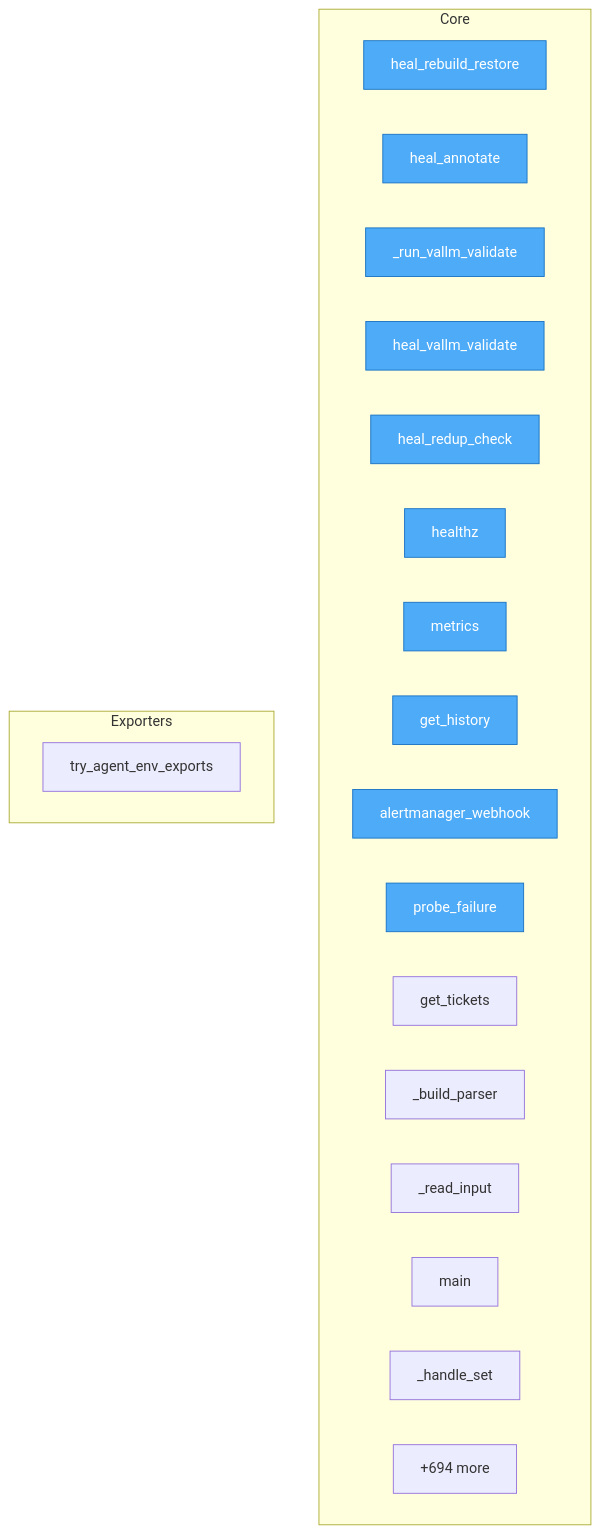
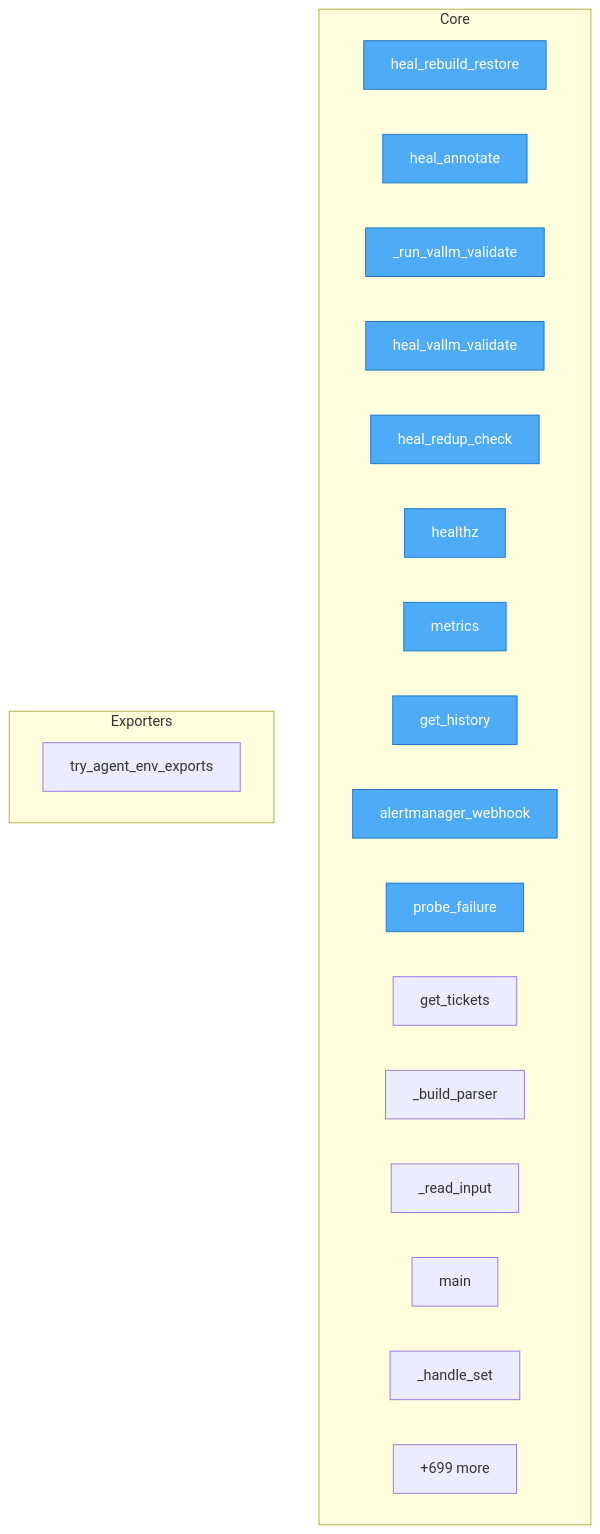
One commit to semcod/koru changed the diagram in project/flow.mmd. Above: the diagram before and after it, drawn with Mermaid. The commit also changed 28 other files, not shown here.

```diff
--- a/project/flow.mmd
+++ b/project/flow.mmd
@@ -1,30 +1,30 @@
 flowchart TD
-%% generated in 0.04s
+%% generated in 0.13s
 
     %% Entry points (blue)
     classDef entry fill:#4dabf7,stroke:#1971c2,color:#fff
 
     subgraph Core
         services__healing_webhook__app__heal_rebuild_restore["heal_rebuild_restore"]
         services__healing_webhook__app__heal_annotate["heal_annotate"]
         services__healing_webhook__app___run_vallm_validate["_run_vallm_validate"]
         services__healing_webhook__app__heal_vallm_validate["heal_vallm_validate"]
         services__healing_webhook__app__heal_redup_check["heal_redup_check"]
         services__healing_webhook__app__healthz["healthz"]
         services__healing_webhook__app__metrics["metrics"]
         services__healing_webhook__app__get_history["get_history"]
         services__healing_webhook__app__alertmanager_webhook["alertmanager_webhook"]
         services__healing_webhook__app__probe_failure["probe_failure"]
         services__healing_webhook__app__get_tickets["get_tickets"]
         src__korudsl__cli___build_parser["_build_parser"]
         src__korudsl__cli___read_input["_read_input"]
         src__korudsl__cli__main["main"]
         src__korudsl__library___handle_set["_handle_set"]
-        ...["+694 more"]
+        ...["+699 more"]
     end
 
     subgraph Exporters
         src__koru__agent_cli_helpers__try_agent_env_exports["try_agent_env_exports"]
     end
 
     class services__healing_webhook__app__heal_rebuild_restore,services__healing_webhook__app__heal_annotate,services__healing_webhook__app___run_vallm_validate,services__healing_webhook__app__heal_vallm_validate,services__healing_webhook__app__heal_redup_check,services__healing_webhook__app__healthz,services__healing_webhook__app__metrics,services__healing_webhook__app__get_history,services__healing_webhook__app__alertmanager_webhook,services__healing_webhook__app__probe_failure entry
```
